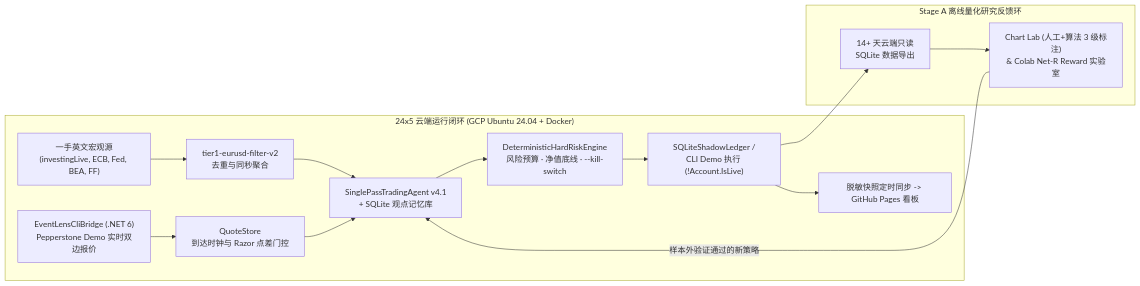
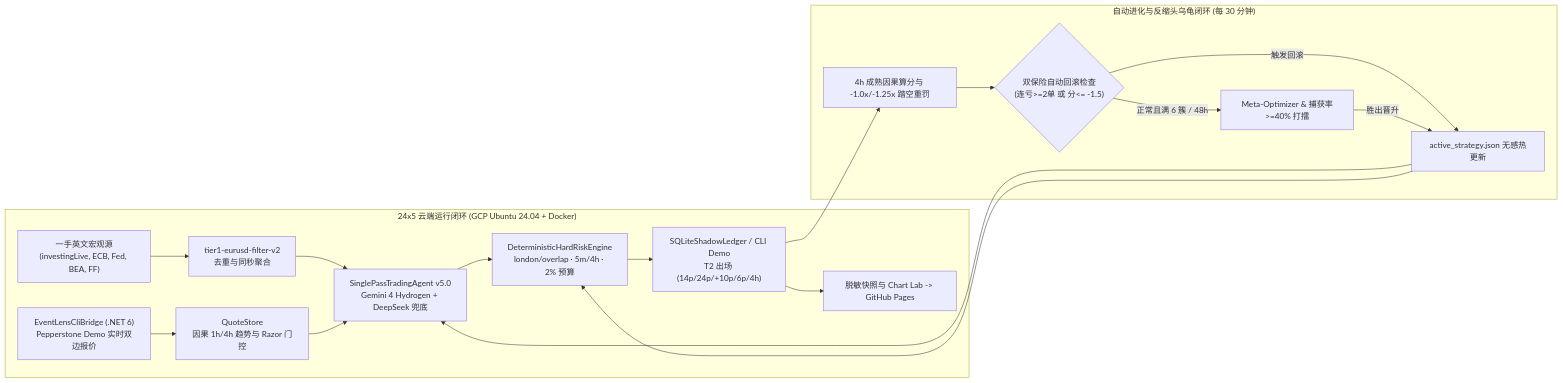
One commit to lohis-aimbot/eventlens changed the diagram in README_CN.md. Above: the diagram before and after it, drawn with Mermaid. The commit also changed other lines of this file and 15 other files, not shown here.

Commit message:
feat(evolution): add anti-turtle reward penalties, 6-cluster Meta-Optimizer arena, hot-reload, dual auto-rollback, and updated READMEs

````diff
--- a/README_CN.md
+++ b/README_CN.md
@@ -60,18 +62,22 @@
 ```mermaid
 flowchart LR
     subgraph LiveRuntime["24x5 云端运行闭环 (GCP Ubuntu 24.04 + Docker)"]
         News["一手英文宏观源<br/>(investingLive, ECB, Fed, BEA, FF)"] --> Filter["tier1-eurusd-filter-v2<br/>去重与同秒聚合"]
-        Bridge["EventLensCliBridge (.NET 6)<br/>Pepperstone Demo 实时双边报价"] --> Quotes["QuoteStore<br/>到达时钟与 Razor 点差门控"]
-        Filter --> Agent["SinglePassTradingAgent v4.1<br/>+ SQLite 观点记忆库"]
+        Bridge["EventLensCliBridge (.NET 6)<br/>Pepperstone Demo 实时双边报价"] --> Quotes["QuoteStore<br/>因果 1h/4h 趋势与 Razor 门控"]
+        Filter --> Agent["SinglePassTradingAgent v5.0<br/>Gemini 4 Hydrogen + DeepSeek 兜底"]
         Quotes --> Agent
-        Agent --> Risk["DeterministicHardRiskEngine<br/>风险预算 · 净值底线 · --kill-switch"]
-        Risk --> Ledger["SQLiteShadowLedger /<br/>CLI Demo 执行 (!Account.IsLive)"]
-        Ledger --> Dash["脱敏快照定时同步 -> GitHub Pages 看板"]
+        Agent --> Risk["DeterministicHardRiskEngine<br/>london/overlap · 5m/4h · 2% 预算"]
+        Risk --> Ledger["SQLiteShadowLedger / CLI Demo<br/>T2 出场 (14p/24p/+10p/6p/4h)"]
+        Ledger --> Dash["脱敏快照与 Chart Lab -> GitHub Pages"]
     end
 
-    subgraph StageALab["Stage A 离线量化研究反馈环"]
-        Ledger --> Export["14+ 天云端只读<br/>SQLite 数据导出"]
-        Export --> Lab["Chart Lab (人工+算法 3 级标注)<br/>& Colab Net-R Reward 实验室"]
-        Lab -->|"样本外验证通过的新策略"| Agent
+    subgraph AutoEvo["自动进化与反缩头乌龟闭环 (每 30 分钟)"]
+        Ledger --> Settle["4h 成熟因果算分与 -1.0x/-1.25x 踏空重罚"]
+        Settle --> Guard{"双保险自动回滚检查<br/>(连亏>=2单 或 分<= -1.5)"}
+        Guard -- "正常且满 6 簇 / 48h" --> Arena["Meta-Optimizer & 捕获率>=40% 打擂"]
+        Guard -- "触发回滚" --> Hot["回滚上一稳态并拉黑废案"]
+        Arena -- "胜出晋升" --> Hot["active_strategy.json 无感热更新"]
+        Hot --> Agent
+        Hot --> Risk
     end
 ```
````
